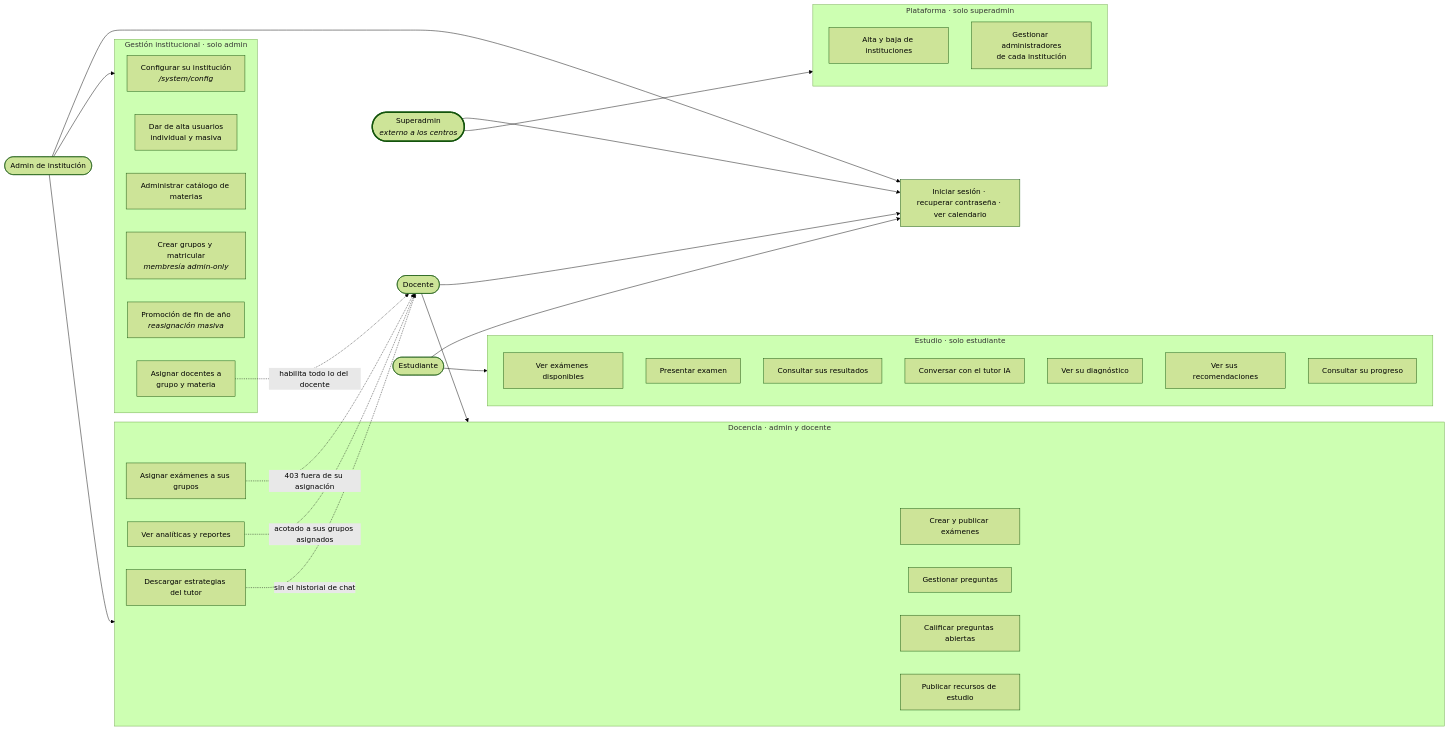
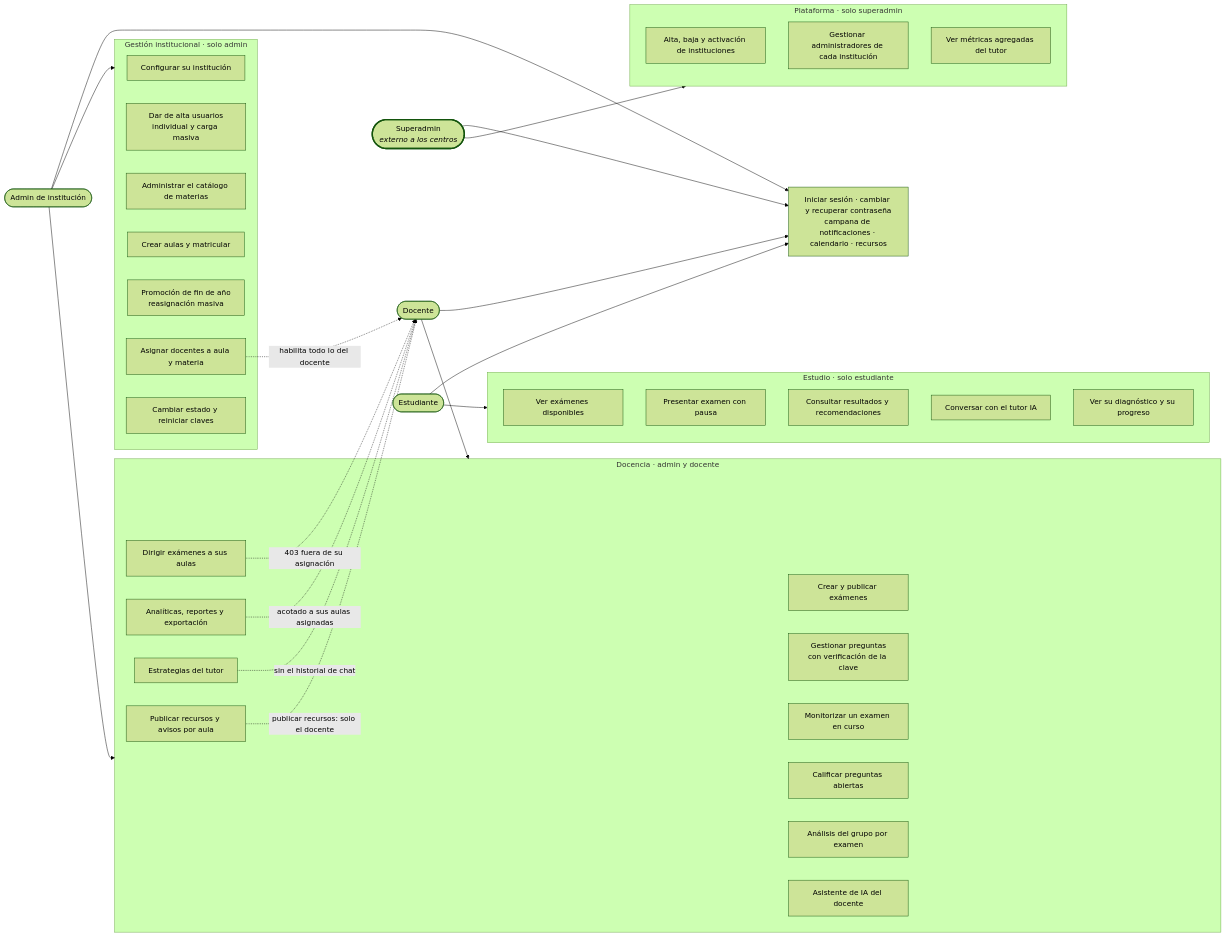
Before and after one commit to Infil505/NeoEduCore-Back: diagram 18 of 19 in docs/DIAGRAMAS.md, drawn with Mermaid (forest theme). The commit also changed other lines of this file and 25 other files, not shown here.

````diff
--- a/docs/DIAGRAMAS.md
+++ b/docs/DIAGRAMAS.md
@@ -1021,60 +1271,64 @@
 ```mermaid
 flowchart LR
     SUPER(["Superadmin<br/><i>externo a los centros</i>"])
     ADMIN(["Admin de institución"])
     DOCENTE(["Docente"])
     ALUMNO(["Estudiante"])
 
     subgraph PLATAFORMA["Plataforma · solo superadmin"]
-        S1["Alta y baja de instituciones"]
-        S2["Gestionar administradores<br/>de cada institución"]
+        S1["Alta, baja y activación de instituciones"]
+        S2["Gestionar administradores de cada institución"]
+        S3["Ver métricas agregadas del tutor"]
     end
 
     subgraph GESTION["Gestión institucional · solo admin"]
-        U1["Configurar su institución<br/><i>/system/config</i>"]
-        U2["Dar de alta usuarios<br/>individual y masiva"]
-        U3["Administrar catálogo de materias"]
-        U4["Crear grupos y matricular<br/><i>membresía admin-only</i>"]
-        U5["Promoción de fin de año<br/><i>reasignación masiva</i>"]
-        U21["Asignar docentes a<br/>grupo y materia"]
+        U1["Configurar su institución"]
+        U2["Dar de alta usuarios<br/>individual y carga masiva"]
+        U3["Administrar el catálogo de materias"]
+        U4["Crear aulas y matricular"]
+        U5["Promoción de fin de año<br/>reasignación masiva"]
+        U6["Asignar docentes a aula y materia"]
+        U7["Cambiar estado y reiniciar claves"]
     end
 
     subgraph DOCENCIA["Docencia · admin y docente"]
-        U6["Crear y publicar exámenes"]
-        U7["Gestionar preguntas"]
-        U8["Asignar exámenes a sus grupos"]
-        U10["Calificar preguntas abiertas"]
-        U11["Ver analíticas y reportes"]
-        U12["Descargar estrategias del tutor"]
-        U13["Publicar recursos de estudio"]
+        D1["Crear y publicar exámenes"]
+        D2["Gestionar preguntas<br/>con verificación de la clave"]
+        D3["Dirigir exámenes a sus aulas"]
+        D4["Monitorizar un examen en curso"]
+        D5["Calificar preguntas abiertas"]
+        D6["Analíticas, reportes y exportación"]
+        D7["Análisis del grupo por examen"]
+        D8["Estrategias del tutor"]
+        D9["Asistente de IA del docente"]
+        D10["Publicar recursos y avisos por aula"]
     end
 
     subgraph ESTUDIO["Estudio · solo estudiante"]
-        U14["Ver exámenes disponibles"]
-        U15["Presentar examen"]
-        U16["Consultar sus resultados"]
-        U17["Conversar con el tutor IA"]
-        U18["Ver su diagnóstico"]
-        U19["Ver sus recomendaciones"]
-        U20["Consultar su progreso"]
+        E1["Ver exámenes disponibles"]
+        E2["Presentar examen con pausa"]
+        E3["Consultar resultados y recomendaciones"]
+        E4["Conversar con el tutor IA"]
+        E5["Ver su diagnóstico y su progreso"]
     end
 
-    COMUN["Iniciar sesión · recuperar contraseña · ver calendario"]
+    COMUN["Iniciar sesión · cambiar y recuperar contraseña<br/>campana de notificaciones · calendario · recursos"]
 
     SUPER --> PLATAFORMA
     ADMIN --> GESTION
     ADMIN --> DOCENCIA
     DOCENTE --> DOCENCIA
     ALUMNO --> ESTUDIO
     SUPER --> COMUN
     ADMIN --> COMUN
     DOCENTE --> COMUN
     ALUMNO --> COMUN
 
-    U11 -.->|"acotado a sus grupos asignados"| DOCENTE
-    U12 -.->|"sin el historial de chat"| DOCENTE
-    U8 -.->|"403 fuera de su asignación"| DOCENTE
-    U21 -.->|"habilita todo lo del docente"| DOCENTE
+    D3 -.->|"403 fuera de su asignación"| DOCENTE
+    D6 -.->|"acotado a sus aulas asignadas"| DOCENTE
+    D8 -.->|"sin el historial de chat"| DOCENTE
+    D10 -.->|"publicar recursos: solo el docente"| DOCENTE
+    U6 -.->|"habilita todo lo del docente"| DOCENTE
 
     style SUPER stroke-width:3px
 ```
````
